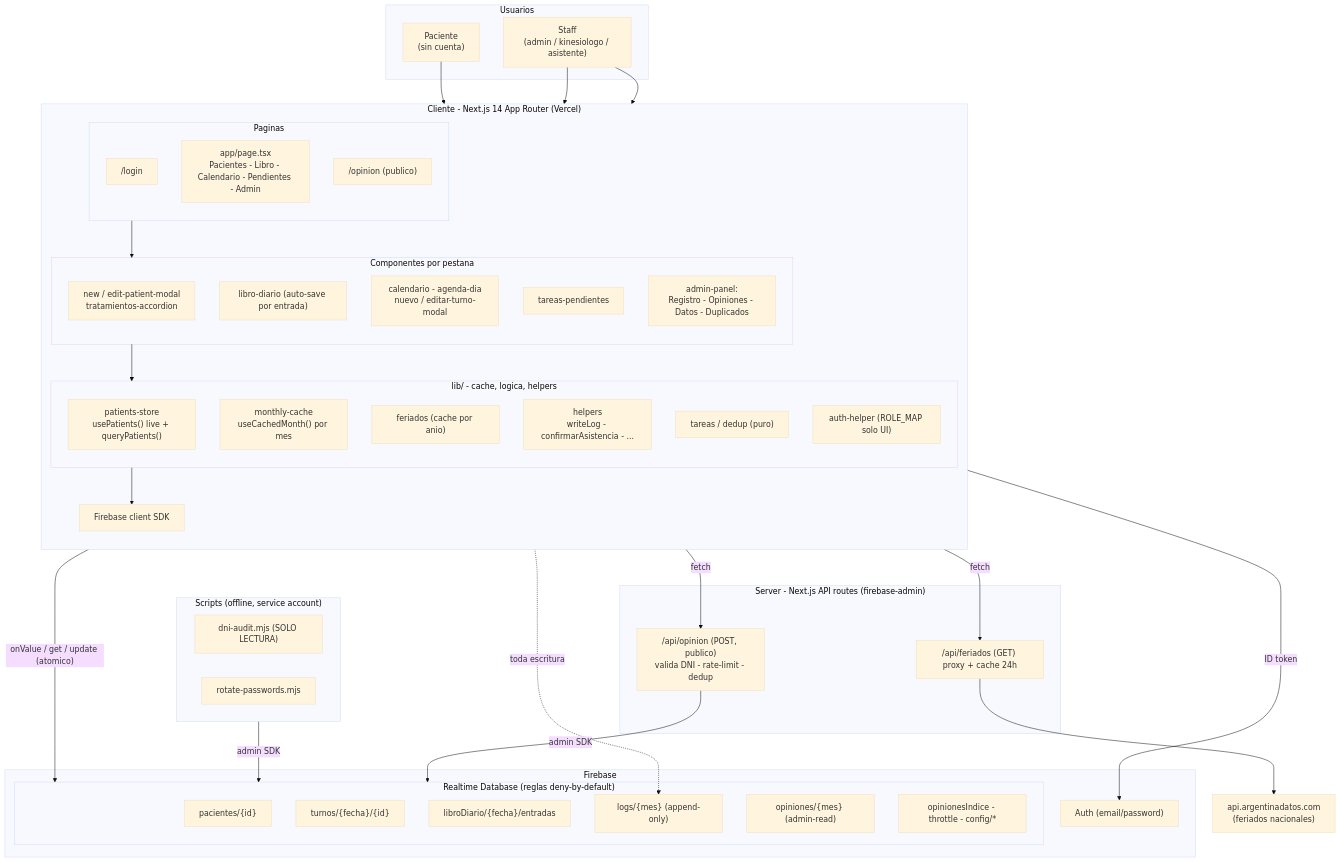
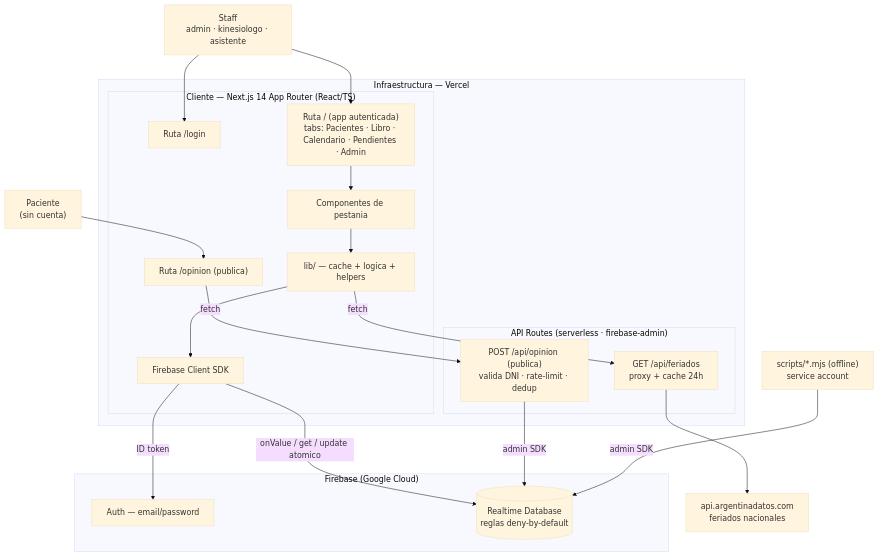
The first of 3 diagrams in docs/architecture.md (joacoz29/crudkinesiologia), drawn with Mermaid (base theme) before and after one commit. The commit also changed other lines of this file, not shown here.

First line of the commit message:
docs(arquitectura): diagramas Mermaid de sistema, data flow y componentes

````diff
--- a/docs/architecture.md
+++ b/docs/architecture.md
@@ -13,75 +17,42 @@
 ```mermaid
 flowchart TB
-    subgraph users["Usuarios"]
-        staff["Staff<br/>(admin / kinesiologo / asistente)"]
-        pac["Paciente<br/>(sin cuenta)"]
-    end
+    staff["Staff<br/>admin · kinesiologo · asistente"]
+    pac["Paciente<br/>(sin cuenta)"]
 
-    subgraph client["Cliente - Next.js 14 App Router (Vercel)"]
-        direction TB
-        subgraph pages["Paginas"]
-            login["/login"]
-            mainapp["app/page.tsx<br/>Pacientes - Libro - Calendario - Pendientes - Admin"]
-            opinionpg["/opinion (publico)"]
+    subgraph vercel["Infraestructura — Vercel"]
+        subgraph cli["Cliente — Next.js 14 App Router (React/TS)"]
+            login["Ruta /login"]
+            app["Ruta / (app autenticada)<br/>tabs: Pacientes · Libro · Calendario · Pendientes · Admin"]
+            opi["Ruta /opinion (publica)"]
+            comps["Componentes de pestania"]
+            lib["lib/ — cache + logica + helpers"]
+            sdk["Firebase Client SDK"]
         end
-        subgraph comps["Componentes por pestana"]
-            cpac["new / edit-patient-modal<br/>tratamientos-accordion"]
-            clibro["libro-diario (auto-save por entrada)"]
-            ccal["calendario - agenda-dia<br/>nuevo / editar-turno-modal"]
-            cpend["tareas-pendientes"]
-            cadmin["admin-panel:<br/>Registro - Opiniones - Datos - Duplicados"]
-        end
-        subgraph libl["lib/ - cache, logica, helpers"]
-            store["patients-store<br/>usePatients() live + queryPatients()"]
-            mcache["monthly-cache<br/>useCachedMonth() por mes"]
-            fer["feriados (cache por anio)"]
-            helpers["helpers<br/>writeLog - confirmarAsistencia - ..."]
-            tareas["tareas / dedup (puro)"]
-            authh["auth-helper (ROLE_MAP solo UI)"]
-        end
-        csdk["Firebase client SDK"]
-    end
-
-    subgraph server["Server - Next.js API routes (firebase-admin)"]
-        apiop["/api/opinion (POST, publico)<br/>valida DNI - rate-limit - dedup"]
-        apifer["/api/feriados (GET) proxy + cache 24h"]
-    end
-
-    subgraph fb["Firebase"]
-        auth["Auth (email/password)"]
-        subgraph rtdb["Realtime Database (reglas deny-by-default)"]
-            npac["pacientes/{id}"]
-            ntur["turnos/{fecha}/{id}"]
-            nlib["libroDiario/{fecha}/entradas"]
-            nlog["logs/{mes} (append-only)"]
-            nop["opiniones/{mes} (admin-read)"]
-            ncfg["opinionesIndice - throttle - config/*"]
+        subgraph api["API Routes (serverless · firebase-admin)"]
+            apiop["POST /api/opinion (publica)<br/>valida DNI · rate-limit · dedup"]
+            apife["GET /api/feriados<br/>proxy + cache 24h"]
         end
     end
 
-    ext["api.argentinadatos.com<br/>(feriados nacionales)"]
-
-    subgraph scripts["Scripts (offline, service account)"]
-        s1["dni-audit.mjs (SOLO LECTURA)"]
-        s2["rotate-passwords.mjs"]
+    subgraph fb["Firebase (Google Cloud)"]
+        fauth["Auth — email/password"]
+        rtdb[("Realtime Database<br/>reglas deny-by-default")]
     end
 
+    ext["api.argentinadatos.com<br/>feriados nacionales"]
+    scripts["scripts/*.mjs (offline)<br/>service account"]
+
     staff --> login
-    staff --> mainapp
-    pac --> opinionpg
+    staff --> app
+    pac --> opi
 
-    pages --> comps
-    comps --> libl
-    libl --> csdk
+    app --> comps --> lib --> sdk
+    opi -->|fetch| apiop
+    lib -->|fetch| apife
 
-    csdk -->|"onValue / get / update (atomico)"| rtdb
-    csdk -->|"ID token"| auth
-
-    opinionpg -->|fetch| apiop
-    ccal -->|fetch| apifer
+    sdk -->|"onValue / get / update atomico"| rtdb
+    sdk -->|"ID token"| fauth
     apiop -->|"admin SDK"| rtdb
-    apifer --> ext
-
-    helpers -.->|"toda escritura"| nlog
+    apife --> ext
     scripts -->|"admin SDK"| rtdb
 ```
````
